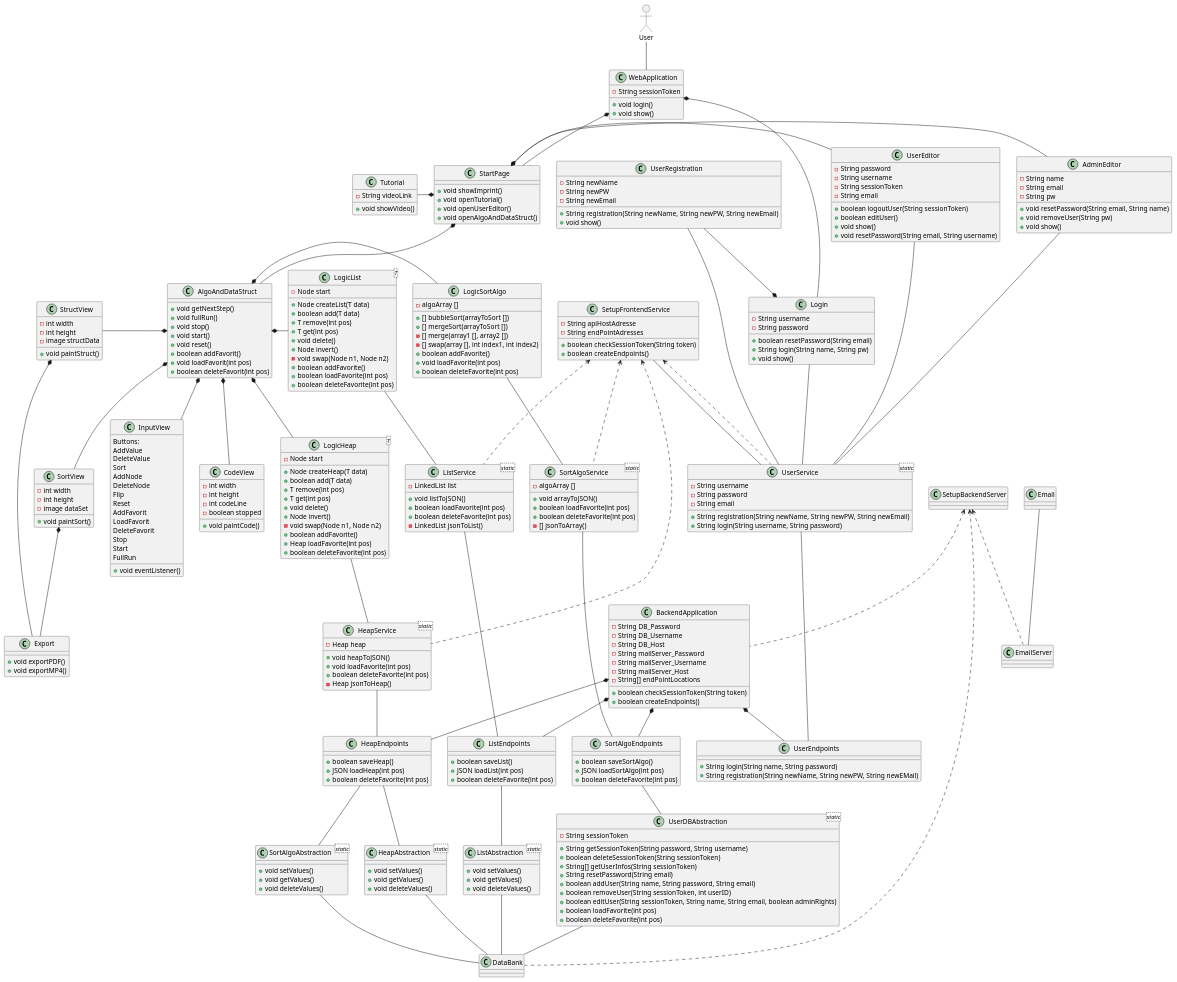
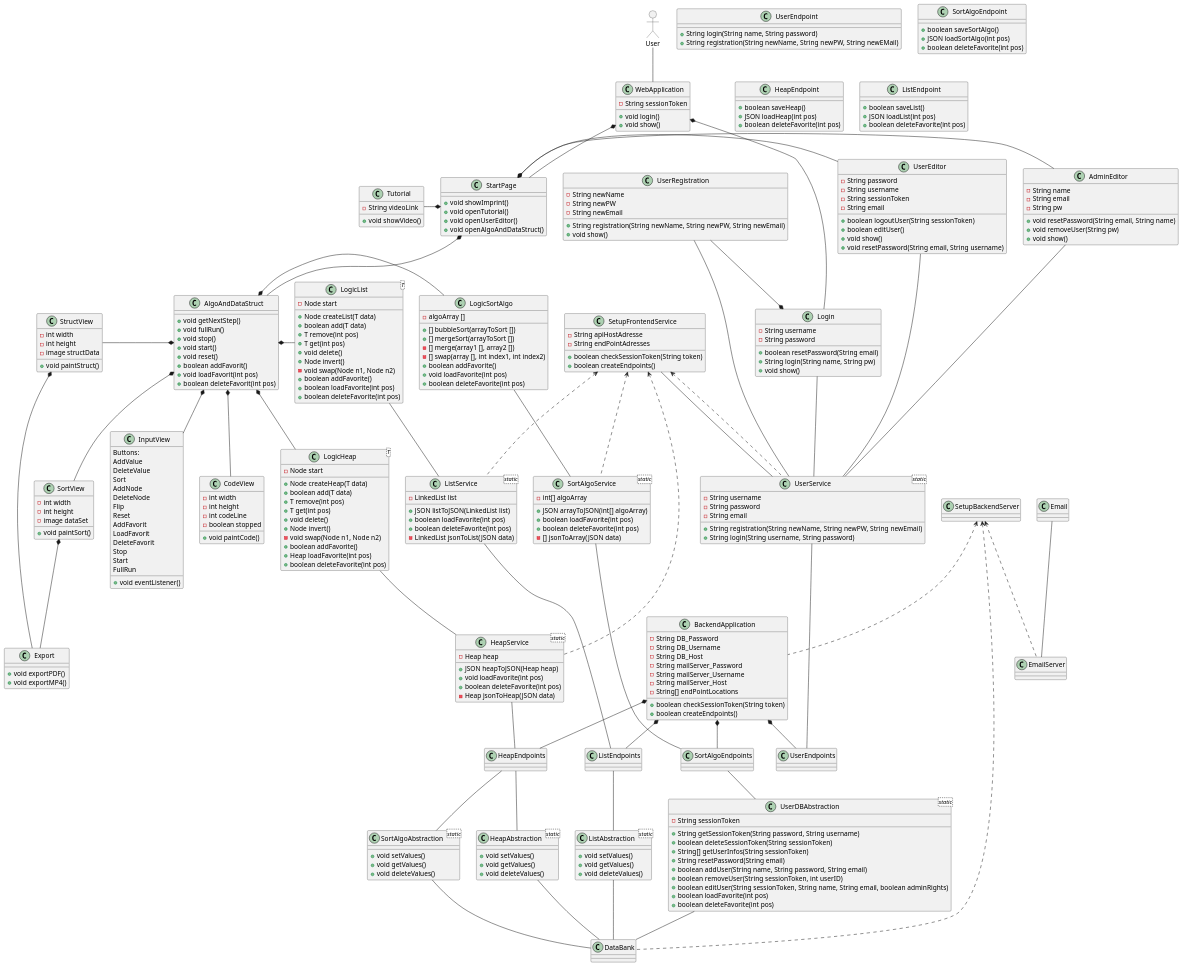
Before and after one commit to schmidti2002/Softwarepraktikum: the diagram in Meilensteine/Meilenstein_03/Visual.puml, drawn with PlantUML.

```diff
--- a/Meilensteine/Meilenstein_03/Visual.puml
+++ b/Meilensteine/Meilenstein_03/Visual.puml
@@ -178,30 +178,30 @@
 
 
 class SortAlgoService <static> {
-  -algoArray []
+  -int[] algoArray
 
-  +void arrayToJSON()
+  +JSON arrayToJSON(int[] algoArray)
   +boolean loadFavorite(int pos)
   +boolean deleteFavorite(int pos)
-  -[] jsonToArray()
+  -[] jsonToArray(JSON data)
 }
 
 class HeapService <static> {
   -Heap heap
 
-  +void heapToJSON()
+  +JSON heapToJSON(Heap heap)
   +void loadFavorite(int pos)
   +boolean deleteFavorite(int pos)
-  -Heap jsonToHeap()
+  -Heap jsonToHeap(JSON data)
 }
 
 class ListService <static> {
   -LinkedList list
 
-  +void listToJSON()
+  +JSON listToJSON(LinkedList list)
   +boolean loadFavorite(int pos)
   +boolean deleteFavorite(int pos)
-  -LinkedList jsonToList()
+  -LinkedList jsonToList(JSON data)
 }
 
 class SetupFrontendService {
@@ -226,20 +226,20 @@
 }
 
 
-class UserEndpoints {
+class UserEndpoint {
 
   +String login(String name, String password)
   +String registration(String newName, String newPW, String newEMail)
 }
 
-class SortAlgoEndpoints {
+class SortAlgoEndpoint {
 
   +boolean saveSortAlgo()
   +JSON loadSortAlgo(int pos)
   +boolean deleteFavorite(int pos)
 }
 
-class HeapEndpoints {
+class HeapEndpoint {
 
   +boolean saveHeap()
   +JSON loadHeap(int pos)
@@ -247,7 +247,7 @@
 }
 
 
-class ListEndpoints {
+class ListEndpoint {
 
   +boolean saveList()
   +JSON loadList(int pos)
```
